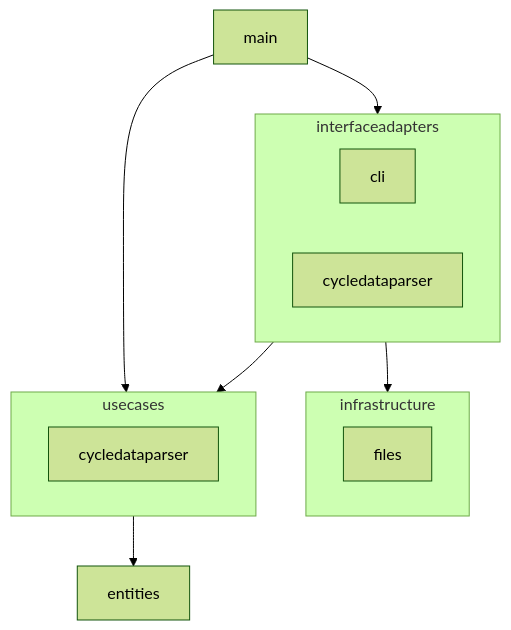
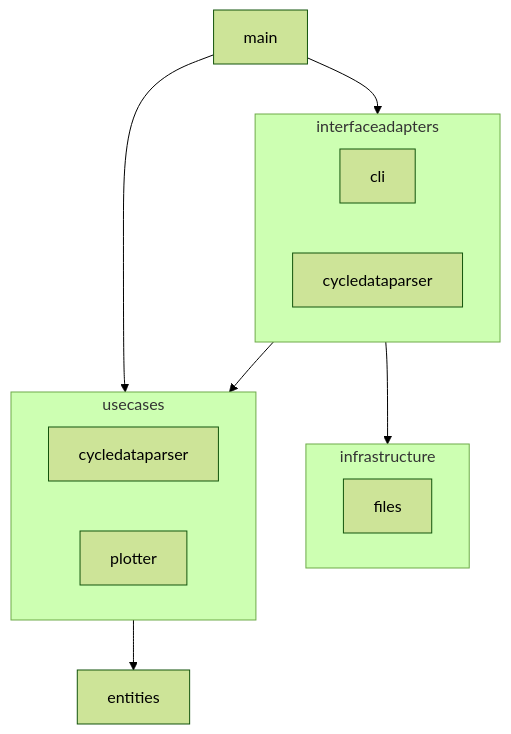
Before and after one commit to caarmen/cycle-plotter: the second of 4 diagrams in docs/architecture.md, drawn with Mermaid (forest theme). The commit also changed other lines of this file and 4 other files, not shown here.

````diff
--- a/docs/architecture.md
+++ b/docs/architecture.md
@@ -20,21 +20,22 @@
 ```mermaid
 flowchart TD
     entities
     subgraph infrastructure
         files
     end
     subgraph interfaceadapters
         cli
         cycledataparser
     end
     subgraph usecases
         icycledataparser[cycledataparser]
+        plotter
     end
     main
 
     main --> usecases
     main --> interfaceadapters
     interfaceadapters --> infrastructure
     interfaceadapters --> usecases
     usecases --> entities
 ```
````
